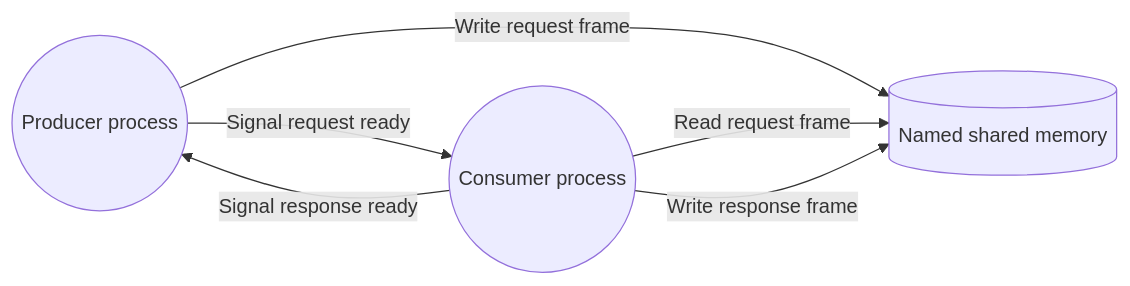
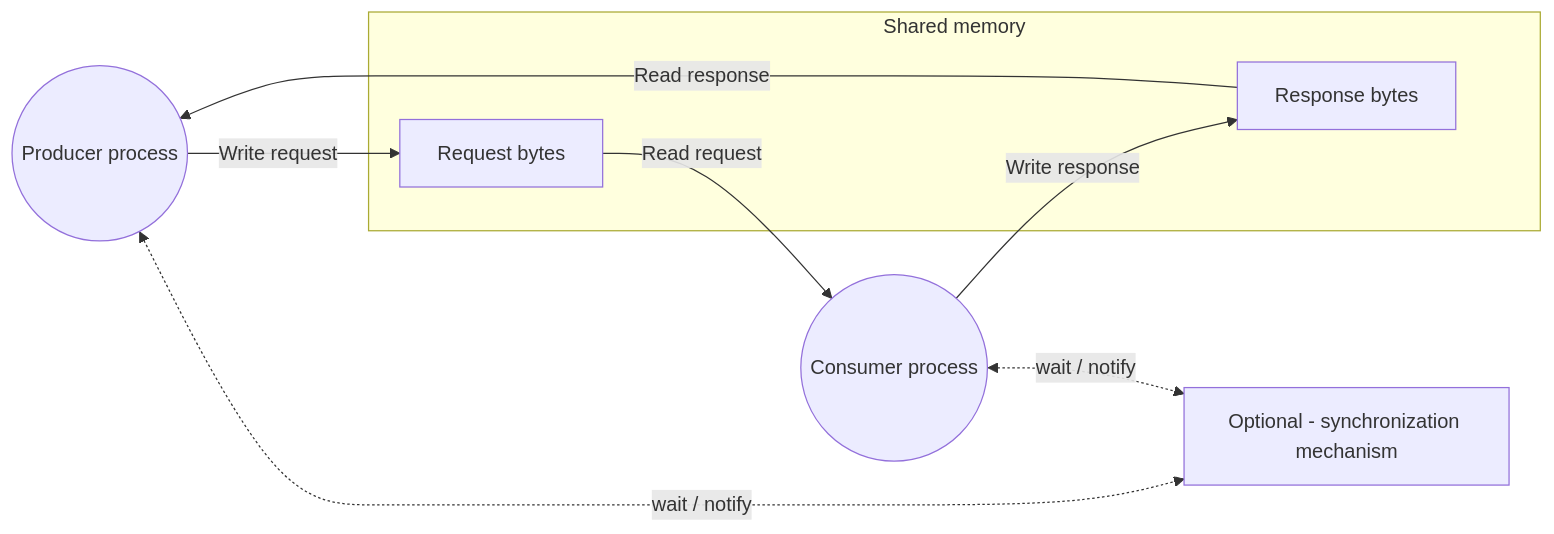
The second of 5 diagrams in docs/SharedMemory.md (benchiverton/MemoryMessaging), drawn with Mermaid before and after one commit. The commit also changed other lines of this file, not shown here.

````diff
--- a/docs/SharedMemory.md
+++ b/docs/SharedMemory.md
@@ -25,12 +36,18 @@
 ```mermaid
 flowchart LR
-    A((Producer process))
-    M[(Named shared memory)]
+    P((Producer process))
+    subgraph M["Shared memory"]
+        RQ["Request bytes"]
+        RS["Response bytes"]
+    end
+    S["Optional - synchronization mechanism"]
     C((Consumer process))
 
-    A -->|Write request frame| M
-    A -->|Signal request ready| C
-    C -->|Read request frame| M
-    C -->|Write response frame| M
-    C -->|Signal response ready| A
+    P -->|Write request| RQ
+    RQ -->|Read request| C
+    C -->|Write response| RS
+    RS -->|Read response| P
+
+    P <-. "wait / notify" .-> S
+    C <-. "wait / notify" .-> S
 ```
````
